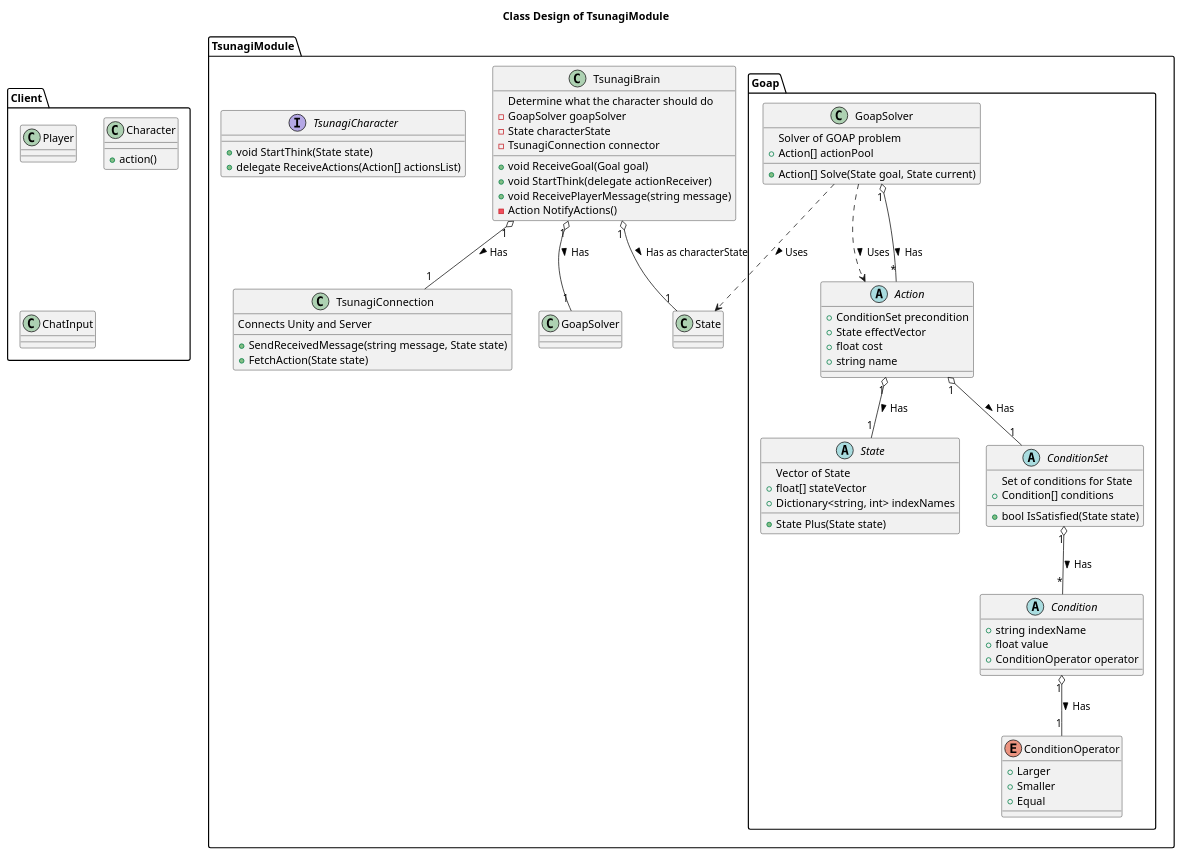
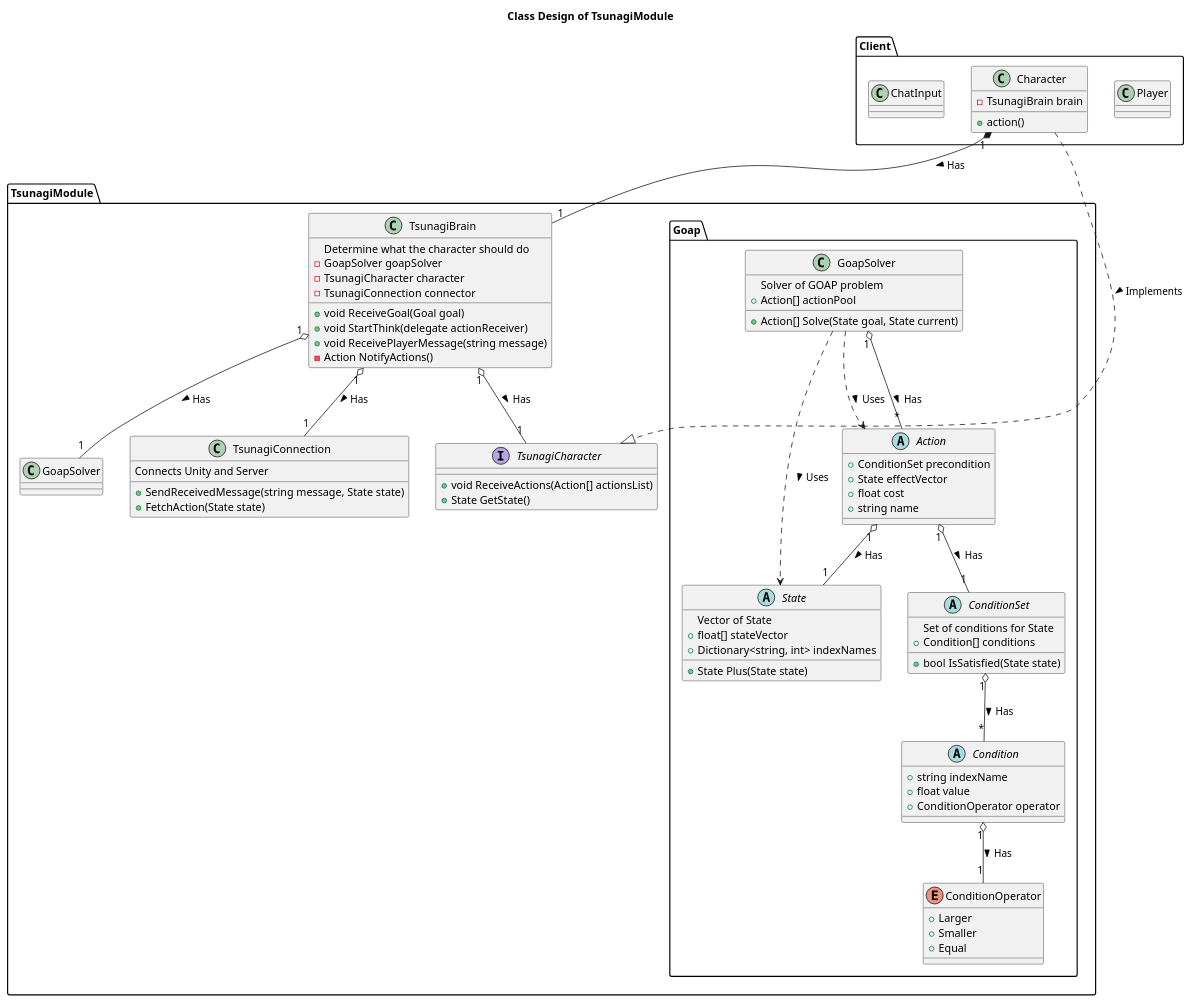
Before and after one commit to tsunagi-ai/UnityModuleDesign: the diagram in classes.puml, drawn with PlantUML.

Commit message:
character

```diff
--- a/classes.puml
+++ b/classes.puml
@@ -1,91 +1,94 @@
 @startuml
 title Class Design of TsunagiModule
 
 package TsunagiModule {
   class TsunagiBrain {
     Determine what the character should do
     +void ReceiveGoal(Goal goal)
     +void StartThink(delegate actionReceiver)
     +void ReceivePlayerMessage(string message)
     -Action NotifyActions()
     -GoapSolver goapSolver
-    -State characterState
+    -TsunagiCharacter character
     -TsunagiConnection connector
   }
   TsunagiBrain "1" o-- "1" GoapSolver : Has >
-  TsunagiBrain "1" o-- "1" State : Has as characterState >
   TsunagiBrain "1" o-- "1" TsunagiConnection : Has >
+  TsunagiBrain "1" o-- "1" TsunagiCharacter : Has >
   
   class TsunagiConnection {
     Connects Unity and Server
     +SendReceivedMessage(string message, State state)
     +FetchAction(State state)
   }
 
   interface TsunagiCharacter {
-    +void StartThink(State state)
-    +delegate ReceiveActions(Action[] actionsList)
+    +void ReceiveActions(Action[] actionsList)
+    +State GetState()
   }
 
   package Goap{
     class GoapSolver {
       Solver of GOAP problem
       +Action[] Solve(State goal, State current)
       +Action[] actionPool
     }
     GoapSolver ..> State : Uses >
     GoapSolver ..> Action : Uses >
     GoapSolver "1" o-- "*" Action : Has >
 
     abstract State{
       Vector of State
       +State Plus(State state)
       +float[] stateVector
       +Dictionary<string, int> indexNames
     }
 
     abstract Action {
       +ConditionSet precondition
       +State effectVector
       +float cost
       +string name
     }
     Action "1" o-- "1" State : Has >
     Action "1" o-- "1" ConditionSet : Has >
 
     abstract ConditionSet{
       Set of conditions for State
       +bool IsSatisfied(State state)
       +Condition[] conditions
     }
     ConditionSet "1" o-- "*" Condition : Has >
 
     abstract Condition{
       +string indexName
       +float value
       +ConditionOperator operator
     }
     Condition "1" o-- "1" ConditionOperator : Has >
 
     enum ConditionOperator {
       +Larger
       +Smaller
       +Equal
     }
   }
 }
 
 package Client{
   class Player {
   }
 
   class Character {
     +action()
+    -TsunagiBrain brain
   }
+  Character ..|> TsunagiCharacter : Implements >
+  Character "1" *-- "1" TsunagiBrain : Has >
 
   class ChatInput {
 
   }
 }
 
 @enduml
```
